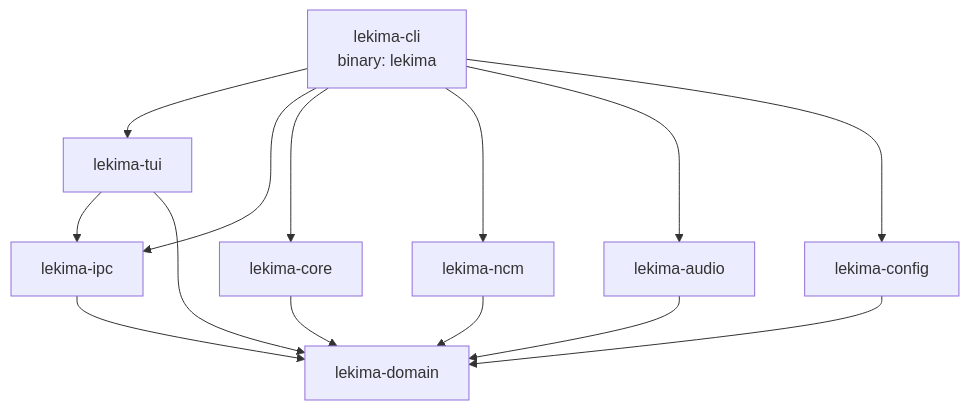
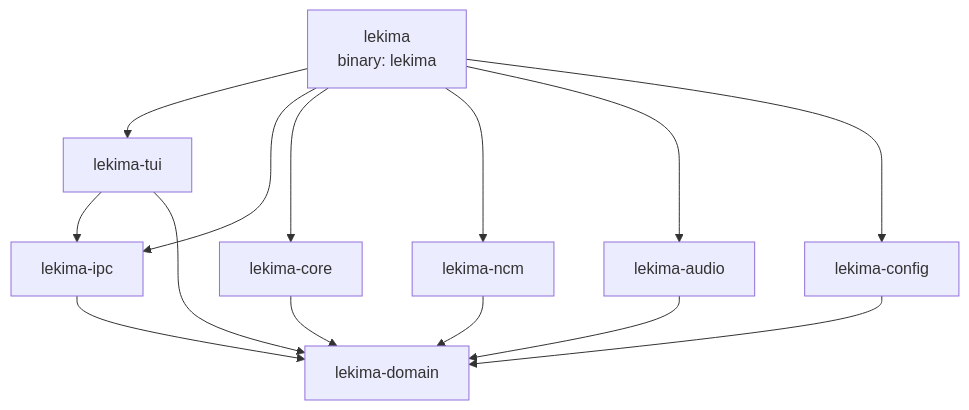
The second of 6 diagrams in docs/system-design.md (benmooo/lekima), drawn with Mermaid before and after one commit. The commit also changed other lines of this file and 7 other files, not shown here.

````diff
--- a/docs/system-design.md
+++ b/docs/system-design.md
@@ -43,16 +43,16 @@
 ```mermaid
 flowchart TD
-  cli[lekima-cli<br/>binary: lekima] --> tui[lekima-tui]
+  cli[lekima<br/>binary: lekima] --> tui[lekima-tui]
   cli --> ipc[lekima-ipc]
   cli --> core[lekima-core]
   cli --> ncm[lekima-ncm]
   cli --> audio[lekima-audio]
   cli --> config[lekima-config]
   tui --> ipc
   tui --> domain[lekima-domain]
   core --> domain
   ncm --> domain
   audio --> domain
   config --> domain
   ipc --> domain
 ```
````
